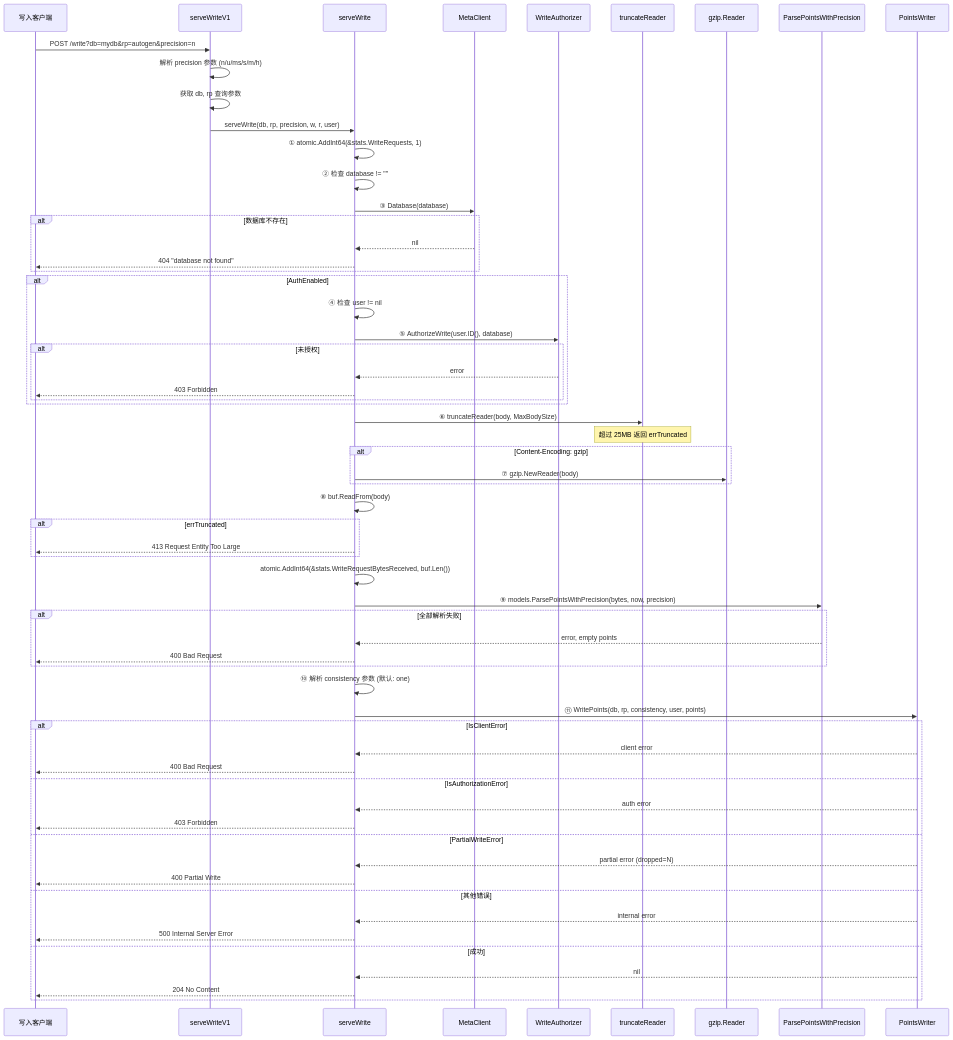
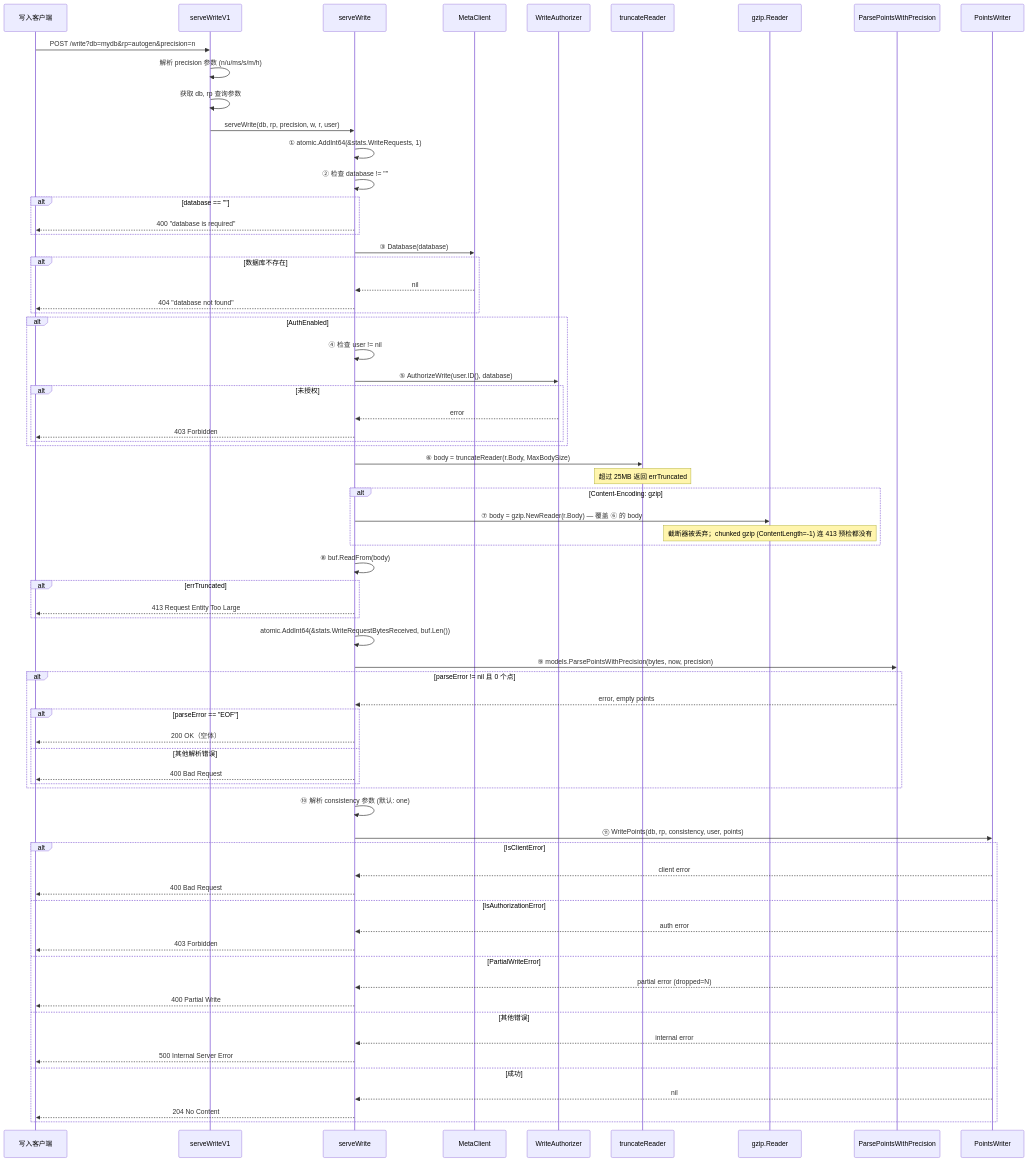
The third of 16 diagrams in docs/specs/10_http_service_spec.md (stefanv5/influxdb), drawn with Mermaid before and after one commit. The commit also changed other lines of this file and 16 other files, not shown here.

First line of the commit message:
docs: correct and deepen the 17 architecture specs

```diff
--- a/docs/specs/10_http_service_spec.md
+++ b/docs/specs/10_http_service_spec.md
@@ -729,6 +775,9 @@
 
     W->>W: ① atomic.AddInt64(&stats.WriteRequests, 1)
     W->>W: ② 检查 database != ""
+    alt database == ""
+        W-->>Client: 400 "database is required"
+    end
 
     W->>MC: ③ Database(database)
     alt 数据库不存在
@@ -745,11 +794,12 @@
         end
     end
 
-    W->>TR: ⑥ truncateReader(body, MaxBodySize)
+    W->>TR: ⑥ body = truncateReader(r.Body, MaxBodySize)
     Note over TR: 超过 25MB 返回 errTruncated
 
     alt Content-Encoding: gzip
-        W->>GZ: ⑦ gzip.NewReader(body)
+        W->>GZ: ⑦ body = gzip.NewReader(r.Body) — 覆盖 ⑥ 的 body
+        Note over GZ: 截断器被丢弃；chunked gzip (ContentLength=-1) 连 413 预检都没有
     end
 
     W->>W: ⑧ buf.ReadFrom(body)
@@ -760,9 +810,13 @@
     W->>W: atomic.AddInt64(&stats.WriteRequestBytesReceived, buf.Len())
 
     W->>PP: ⑨ models.ParsePointsWithPrecision(bytes, now, precision)
-    alt 全部解析失败
+    alt parseError != nil 且 0 个点
         PP-->>W: error, empty points
-        W-->>Client: 400 Bad Request
+        alt parseError == "EOF"
+            W-->>Client: 200 OK（空体）
+        else 其他解析错误
+            W-->>Client: 400 Bad Request
+        end
     end
 
     W->>W: ⑩ 解析 consistency 参数 (默认: one)
```
